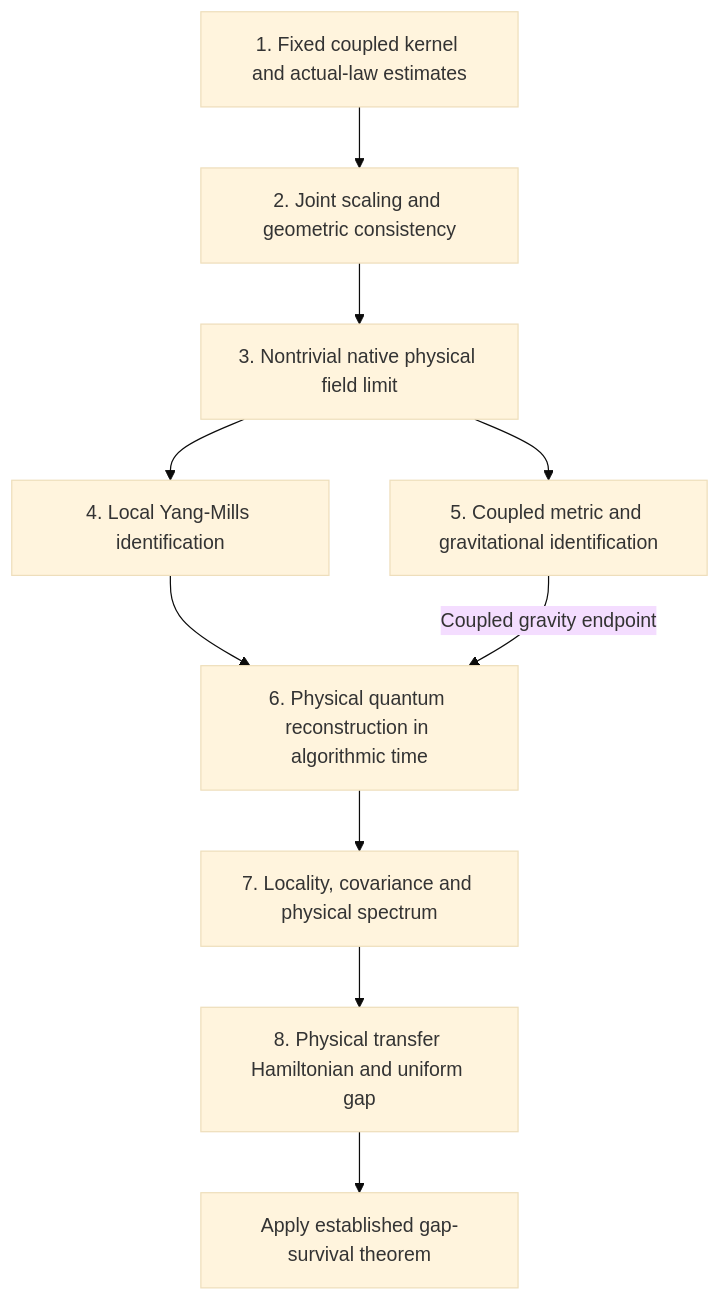
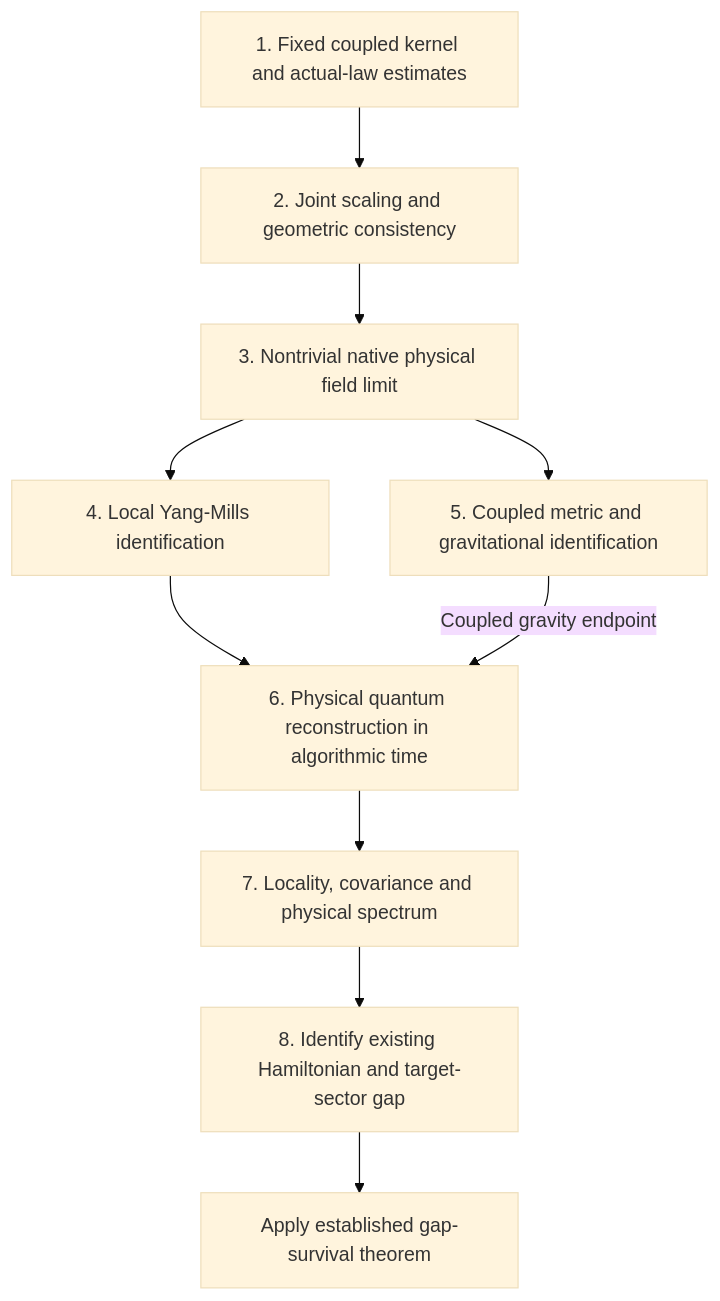
Before and after one commit to FragileTech/fragile: the diagram in docs/research/volume_2_remaining_proof_steps.md, drawn with Mermaid (base theme). The commit also changed other lines of this file and 24 other files, not shown here.

````diff
--- a/docs/research/volume_2_remaining_proof_steps.md
+++ b/docs/research/volume_2_remaining_proof_steps.md
@@ -494,12 +539,12 @@
 ```mermaid
 flowchart TD
     A[1. Fixed coupled kernel and actual-law estimates] --> B[2. Joint scaling and geometric consistency]
     B --> C[3. Nontrivial native physical field limit]
     C --> D[4. Local Yang-Mills identification]
     C --> E[5. Coupled metric and gravitational identification]
     D --> F[6. Physical quantum reconstruction in algorithmic time]
     E -->|Coupled gravity endpoint| F
     F --> G[7. Locality, covariance and physical spectrum]
-    G --> H[8. Physical transfer Hamiltonian and uniform gap]
+    G --> H[8. Identify existing Hamiltonian and target-sector gap]
     H --> I[Apply established gap-survival theorem]
 ```
````
